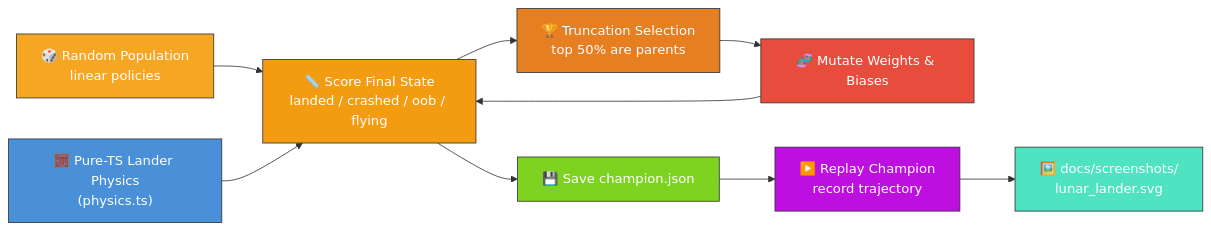
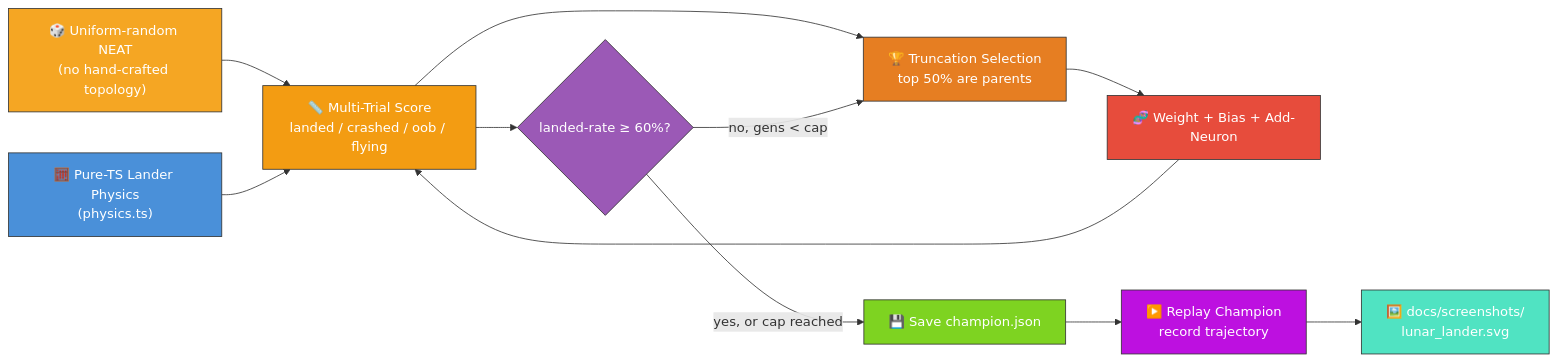
One commit to stSoftwareAU/NEAT-AI-Examples changed the diagram in lunar_lander/README.md. Above: the diagram before and after it, drawn with Mermaid. The commit also changed other lines of this file and 9 other files, not shown here.

First line of the commit message:
lunar_lander: remove fixed-topology warm start, evolve from random noise

````diff
--- a/lunar_lander/README.md
+++ b/lunar_lander/README.md
@@ -14,29 +16,33 @@
 ```mermaid
 flowchart LR
     PHYS["🧮 Pure-TS Lander Physics<br/>(physics.ts)"]
-    INIT["🎲 Random Population<br/>linear policies"]
-    SCORE["📏 Score Final State<br/>landed / crashed / oob / flying"]
+    INIT["🎲 Uniform-random NEAT<br/>(no hand-crafted topology)"]
+    SCORE["📏 Multi-Trial Score<br/>landed / crashed / oob / flying"]
     SELECT["🏆 Truncation Selection<br/>top 50% are parents"]
-    MUTATE["🧬 Mutate Weights & Biases"]
+    MUTATE["🧬 Weight + Bias + Add-Neuron"]
+    SOLVED{"landed-rate ≥ 60%?"}
     CHAMP["💾 Save champion.json"]
     RUN["▶️ Replay Champion<br/>record trajectory"]
     SVG["🖼️ docs/screenshots/<br/>lunar_lander.svg"]
 
     INIT --> SCORE
     PHYS --> SCORE
     SCORE --> SELECT
     SELECT --> MUTATE
     MUTATE --> SCORE
-    SCORE --> CHAMP
+    SCORE --> SOLVED
+    SOLVED -- "no, gens < cap" --> SELECT
+    SOLVED -- "yes, or cap reached" --> CHAMP
     CHAMP --> RUN
     RUN --> SVG
 
     style PHYS fill:#4a90d9,stroke:#333,color:#fff
     style INIT fill:#f5a623,stroke:#333,color:#fff
     style SCORE fill:#f39c12,stroke:#333,color:#fff
     style SELECT fill:#e67e22,stroke:#333,color:#fff
     style MUTATE fill:#e74c3c,stroke:#333,color:#fff
+    style SOLVED fill:#9b59b6,stroke:#333,color:#fff
     style CHAMP fill:#7ed321,stroke:#333,color:#fff
     style RUN fill:#bd10e0,stroke:#333,color:#fff
     style SVG fill:#50e3c2,stroke:#333,color:#fff
 ```
````
